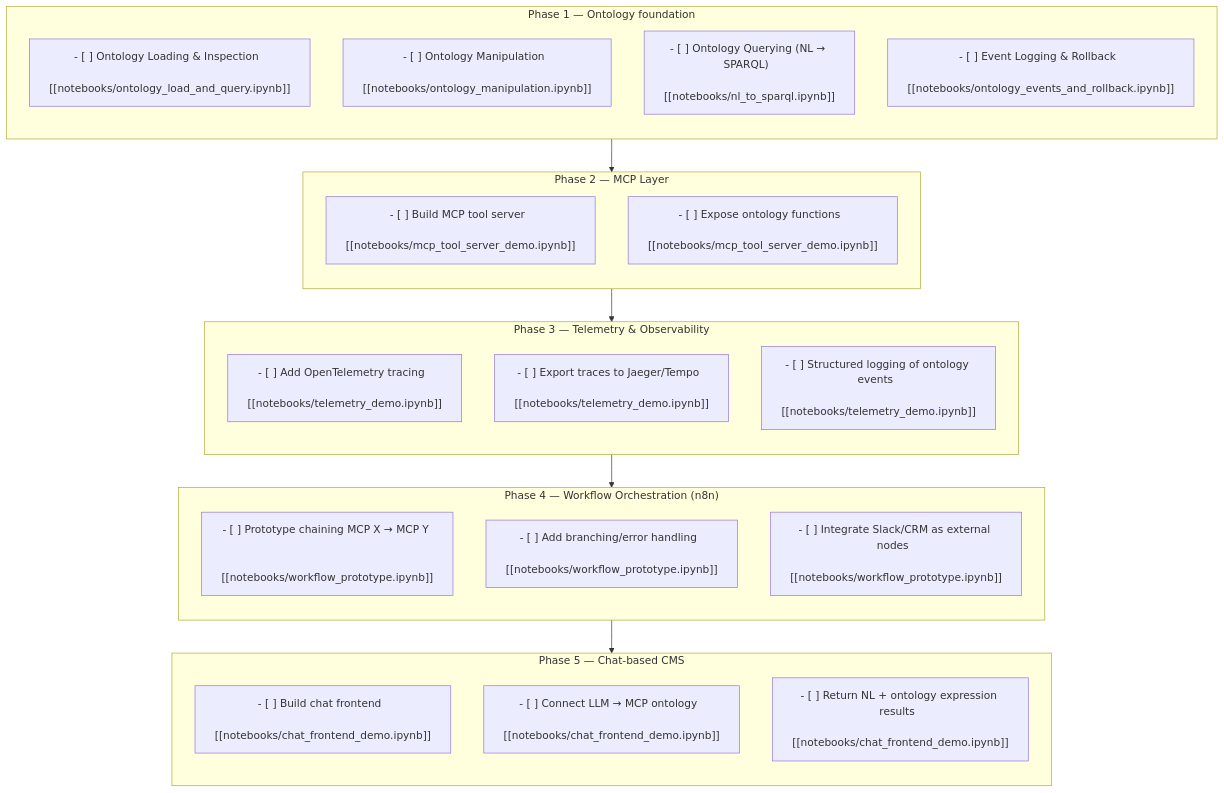
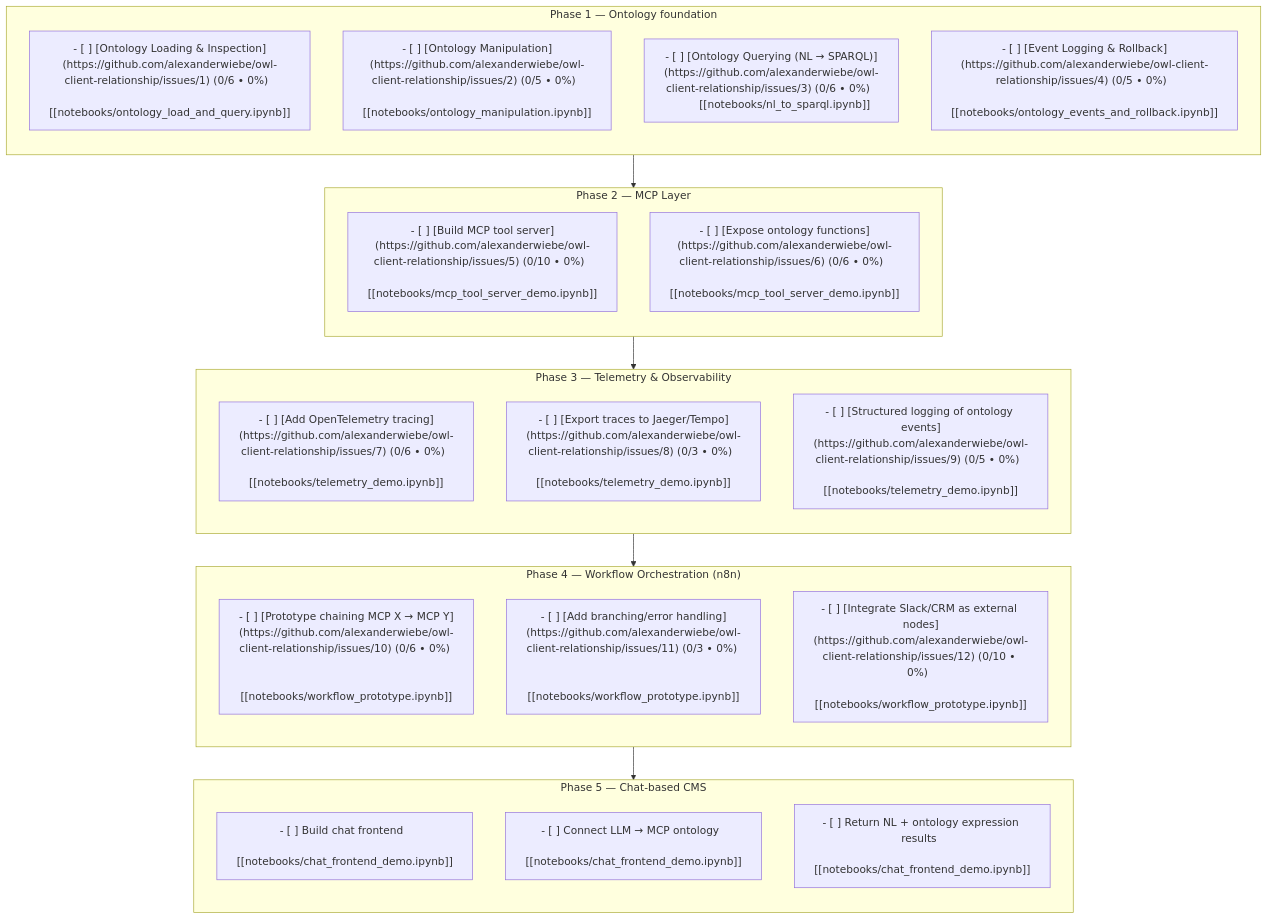
Before and after one commit to alexanderwiebe/owl-client-relationship: the diagram in outline.md, drawn with Mermaid. The commit also changed 2 other files, not shown here.

Commit message:
updated reconcilliation with outline.md such that it has % complete and links to the issues themselves

````diff
--- a/outline.md
+++ b/outline.md
@@ -2,57 +2,57 @@
 ```mermaid
 flowchart TD
 
     subgraph P1["Phase 1 — Ontology foundation"]
         direction TB
-        P1A["- [ ] Ontology Loading & Inspection  
+        P1A["- [ ] [Ontology Loading & Inspection](https://github.com/alexanderwiebe/owl-client-relationship/issues/1) (0/6 • 0%)  
         [[notebooks/ontology_load_and_query.ipynb]]"]
-        P1B["- [ ] Ontology Manipulation  
+        P1B["- [ ] [Ontology Manipulation](https://github.com/alexanderwiebe/owl-client-relationship/issues/2) (0/5 • 0%)  
         [[notebooks/ontology_manipulation.ipynb]]"]
-        P1C["- [ ] Ontology Querying (NL → SPARQL)  
+        P1C["- [ ] [Ontology Querying (NL → SPARQL)](https://github.com/alexanderwiebe/owl-client-relationship/issues/3) (0/6 • 0%)  
         [[notebooks/nl_to_sparql.ipynb]]"]
-        P1D["- [ ] Event Logging & Rollback  
+        P1D["- [ ] [Event Logging & Rollback](https://github.com/alexanderwiebe/owl-client-relationship/issues/4) (0/5 • 0%)  
         [[notebooks/ontology_events_and_rollback.ipynb]]"]
     end
 
     subgraph P2["Phase 2 — MCP Layer"]
         direction TB
-        P2A["- [ ] Build MCP tool server  
+        P2A["- [ ] [Build MCP tool server](https://github.com/alexanderwiebe/owl-client-relationship/issues/5) (0/10 • 0%)  
         [[notebooks/mcp_tool_server_demo.ipynb]]"]
-        P2B["- [ ] Expose ontology functions  
+        P2B["- [ ] [Expose ontology functions](https://github.com/alexanderwiebe/owl-client-relationship/issues/6) (0/6 • 0%)  
         [[notebooks/mcp_tool_server_demo.ipynb]]"]
     end
 
     subgraph P3["Phase 3 — Telemetry & Observability"]
         direction TB
-        P3A["- [ ] Add OpenTelemetry tracing  
+        P3A["- [ ] [Add OpenTelemetry tracing](https://github.com/alexanderwiebe/owl-client-relationship/issues/7) (0/6 • 0%)  
         [[notebooks/telemetry_demo.ipynb]]"]
-        P3B["- [ ] Export traces to Jaeger/Tempo  
+        P3B["- [ ] [Export traces to Jaeger/Tempo](https://github.com/alexanderwiebe/owl-client-relationship/issues/8) (0/3 • 0%)  
         [[notebooks/telemetry_demo.ipynb]]"]
-        P3C["- [ ] Structured logging of ontology events  
+        P3C["- [ ] [Structured logging of ontology events](https://github.com/alexanderwiebe/owl-client-relationship/issues/9) (0/5 • 0%)  
         [[notebooks/telemetry_demo.ipynb]]"]
     end
 
     subgraph P4["Phase 4 — Workflow Orchestration (n8n)"]
         direction TB
-        P4A["- [ ] Prototype chaining MCP X → MCP Y  
+        P4A["- [ ] [Prototype chaining MCP X → MCP Y](https://github.com/alexanderwiebe/owl-client-relationship/issues/10) (0/6 • 0%)  
         [[notebooks/workflow_prototype.ipynb]]"]
-        P4B["- [ ] Add branching/error handling  
+        P4B["- [ ] [Add branching/error handling](https://github.com/alexanderwiebe/owl-client-relationship/issues/11) (0/3 • 0%)  
         [[notebooks/workflow_prototype.ipynb]]"]
-        P4C["- [ ] Integrate Slack/CRM as external nodes  
+        P4C["- [ ] [Integrate Slack/CRM as external nodes](https://github.com/alexanderwiebe/owl-client-relationship/issues/12) (0/10 • 0%)  
         [[notebooks/workflow_prototype.ipynb]]"]
     end
 
     subgraph P5["Phase 5 — Chat-based CMS"]
         direction TB
         P5A["- [ ] Build chat frontend  
         [[notebooks/chat_frontend_demo.ipynb]]"]
         P5B["- [ ] Connect LLM → MCP ontology  
         [[notebooks/chat_frontend_demo.ipynb]]"]
         P5C["- [ ] Return NL + ontology expression results  
         [[notebooks/chat_frontend_demo.ipynb]]"]
     end
 
     %% Flow connections
     P1 --> P2 --> P3 --> P4 --> P5
 
 ```
````
